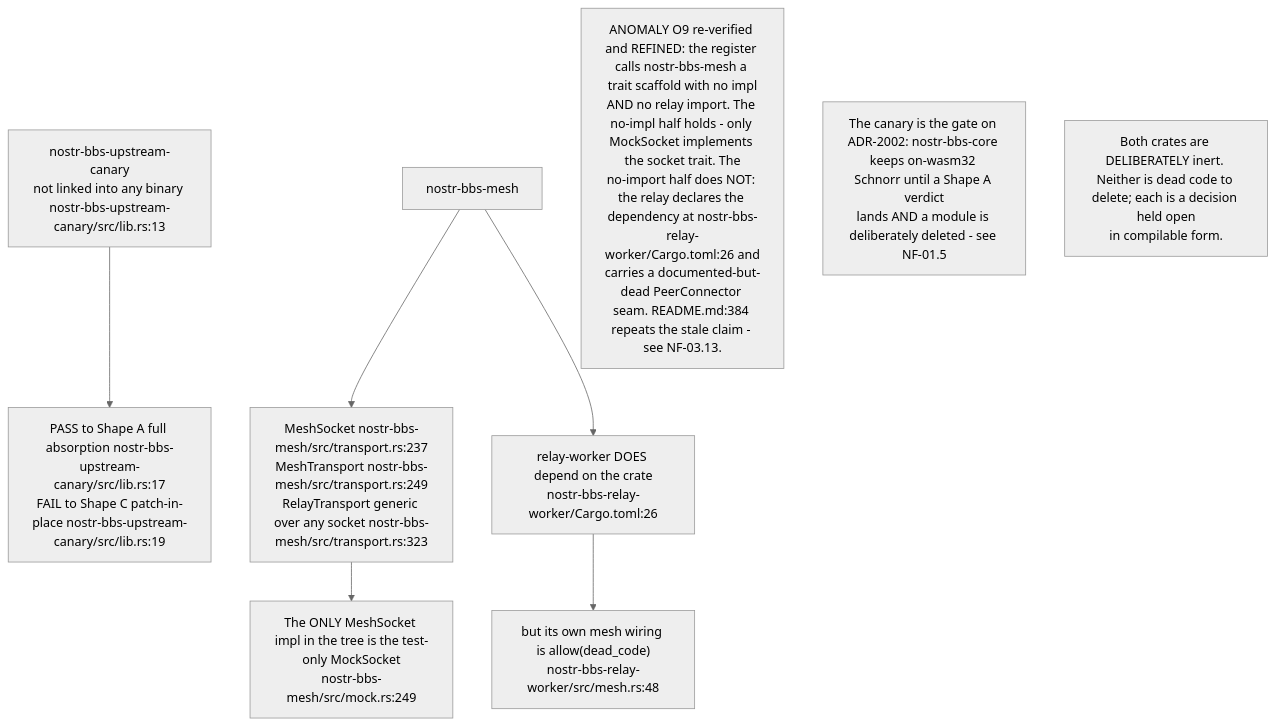
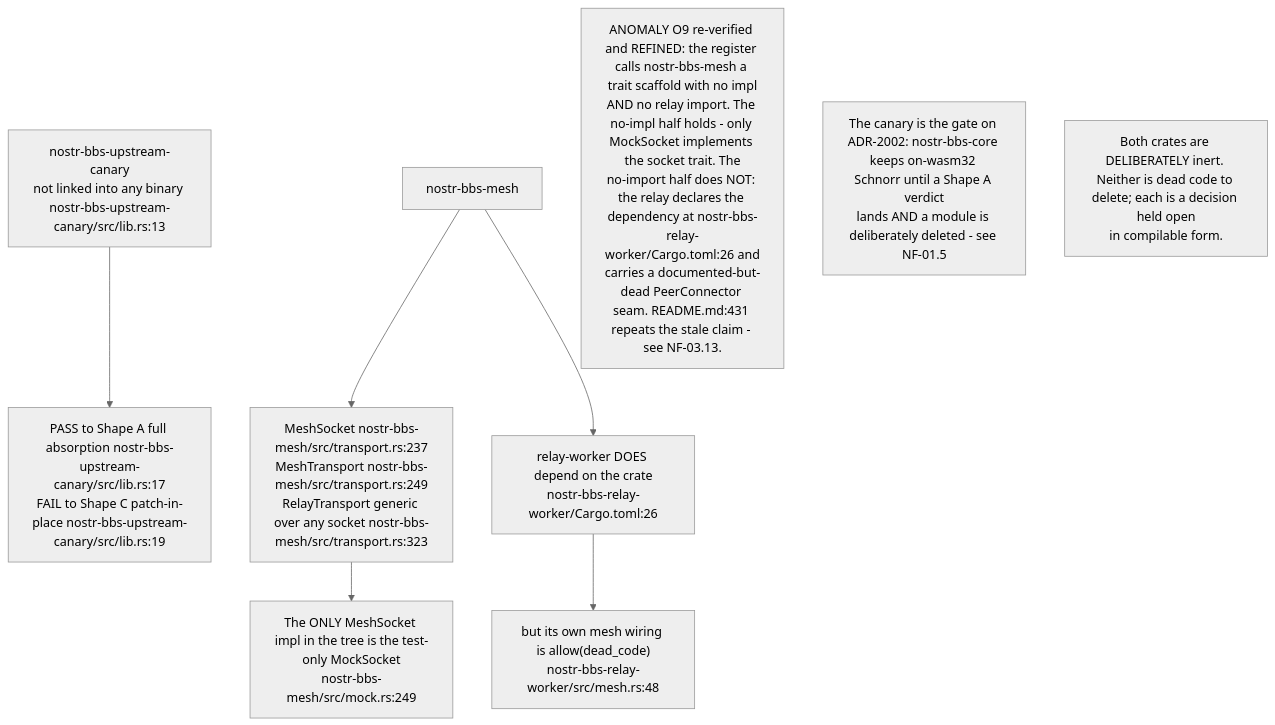
Before and after one commit to DreamLab-AI/VisionFlow: the eighth of 9 diagrams in docs/diagrams/nostr-rust-forum/09-ci-deploy-canary-and-validation.md, drawn with Mermaid (neutral theme). The commit also changed other lines of this file and 11 other files, not shown here.

````diff
--- a/docs/diagrams/nostr-rust-forum/09-ci-deploy-canary-and-validation.md
+++ b/docs/diagrams/nostr-rust-forum/09-ci-deploy-canary-and-validation.md
@@ -191,18 +191,18 @@
 ```mermaid
 flowchart TB
     CAN["nostr-bbs-upstream-canary<br/>not linked into any binary nostr-bbs-upstream-canary/src/lib.rs:13"]
     SHAPE["PASS to Shape A full absorption nostr-bbs-upstream-canary/src/lib.rs:17<br/>FAIL to Shape C patch-in-place nostr-bbs-upstream-canary/src/lib.rs:19"]
     MESH["nostr-bbs-mesh"]
     TRAITS["MeshSocket nostr-bbs-mesh/src/transport.rs:237<br/>MeshTransport nostr-bbs-mesh/src/transport.rs:249<br/>RelayTransport generic over any socket nostr-bbs-mesh/src/transport.rs:323"]
     ONLYIMPL["The ONLY MeshSocket impl in the tree is the test-only MockSocket<br/>nostr-bbs-mesh/src/mock.rs:249"]
     DEP["relay-worker DOES depend on the crate<br/>nostr-bbs-relay-worker/Cargo.toml:26"]
     DEAD["but its own mesh wiring is allow(dead_code)<br/>nostr-bbs-relay-worker/src/mesh.rs:48"]
 
     CAN --> SHAPE
     MESH --> TRAITS --> ONLYIMPL
     MESH --> DEP --> DEAD
 
-    N1["ANOMALY O9 re-verified and REFINED: the register calls nostr-bbs-mesh a trait scaffold with no impl<br/>AND no relay import. The no-impl half holds - only MockSocket implements the socket trait. The<br/>no-import half does NOT: the relay declares the dependency at nostr-bbs-relay-worker/Cargo.toml:26 and<br/>carries a documented-but-dead PeerConnector seam. README.md:384 repeats the stale claim - see NF-03.13."]
+    N1["ANOMALY O9 re-verified and REFINED: the register calls nostr-bbs-mesh a trait scaffold with no impl<br/>AND no relay import. The no-impl half holds - only MockSocket implements the socket trait. The<br/>no-import half does NOT: the relay declares the dependency at nostr-bbs-relay-worker/Cargo.toml:26 and<br/>carries a documented-but-dead PeerConnector seam. README.md:431 repeats the stale claim - see NF-03.13."]
     N2["The canary is the gate on ADR-2002: nostr-bbs-core keeps on-wasm32 Schnorr until a Shape A verdict<br/>lands AND a module is deliberately deleted - see NF-01.5"]
     N3["Both crates are DELIBERATELY inert. Neither is dead code to delete; each is a decision held open<br/>in compilable form."]
 ```
````
